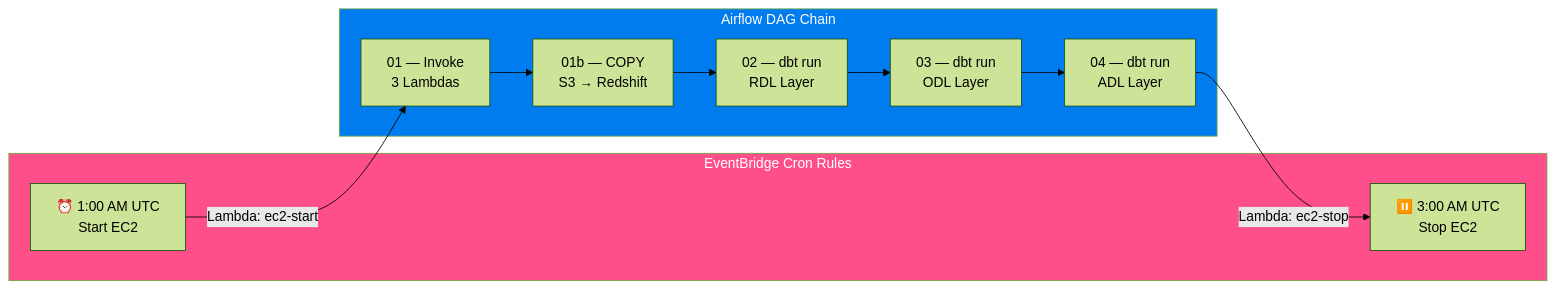
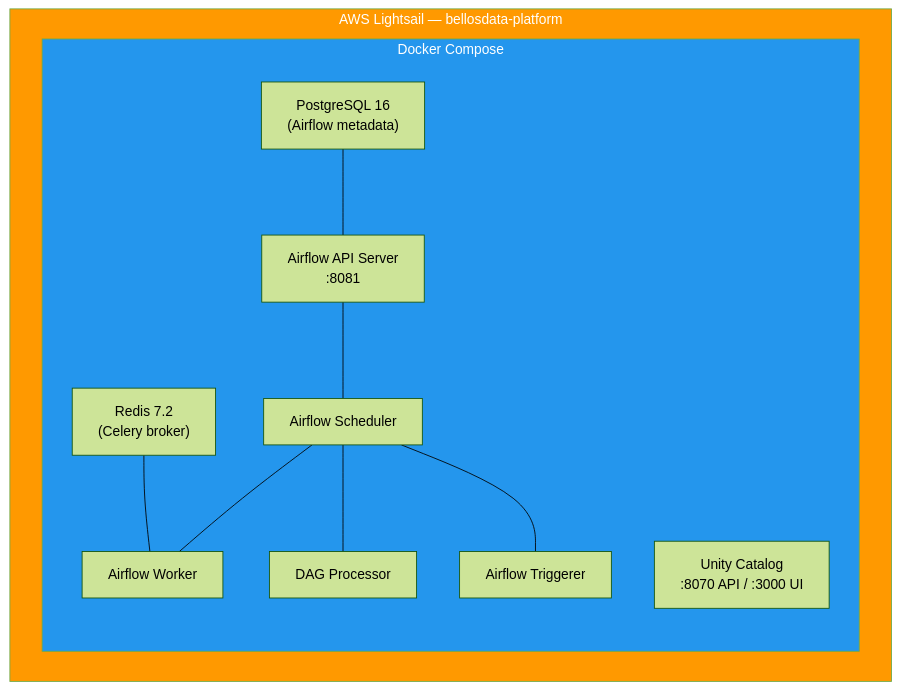
One commit to TimiOlayinka/boohoo-data-pipeline changed the third of 3 diagrams in README.md. Above: the diagram before and after it, drawn with Mermaid (forest theme). The commit also changed other lines of this file and 274 other files, not shown here.

Commit message:
DATA-31: Rename S3 buckets playdarch-* to bellosdata-* and rewrite README for BellosData Lakehouse architecture (#41)

````diff
--- a/README.md
+++ b/README.md
@@ -246,25 +300,25 @@
 ```mermaid
-flowchart LR
-    subgraph EVENTBRIDGE["EventBridge Cron Rules"]
-        EB1["⏰ 1:00 AM UTC\nStart EC2"]
-        EB2["⏸️ 3:00 AM UTC\nStop EC2"]
+flowchart TB
+    subgraph LIGHTSAIL["AWS Lightsail — bellosdata-platform"]
+        subgraph DOCKER["Docker Compose"]
+            PG["PostgreSQL 16\n(Airflow metadata)"]
+            RD["Redis 7.2\n(Celery broker)"]
+            API["Airflow API Server\n:8081"]
+            SCH["Airflow Scheduler"]
+            WRK["Airflow Worker"]
+            TRG["Airflow Triggerer"]
+            DAG["DAG Processor"]
+            UC["Unity Catalog\n:8070 API / :3000 UI"]
+        end
     end
 
-    subgraph AIRFLOW["Airflow DAG Chain"]
-        D1["01 — Invoke\n3 Lambdas"]
-        D2["01b — COPY\nS3 → Redshift"]
-        D3["02 — dbt run\nRDL Layer"]
-        D4["03 — dbt run\nODL Layer"]
-        D5["04 — dbt run\nADL Layer"]
-    end
+    PG --- API
+    RD --- WRK
+    API --- SCH
+    SCH --- WRK
+    SCH --- DAG
+    SCH --- TRG
 
-    EB1 -->|"Lambda: ec2-start"| D1
-    D1 --> D2
-    D2 --> D3
-    D3 --> D4
-    D4 --> D5
-    D5 -->|"Lambda: ec2-stop"| EB2
-
-    style EVENTBRIDGE fill:#FF4F8B,color:#fff
-    style AIRFLOW fill:#017CEE,color:#fff
+    style LIGHTSAIL fill:#FF9900,color:#fff
+    style DOCKER fill:#2496ED,color:#fff
 ```
````
